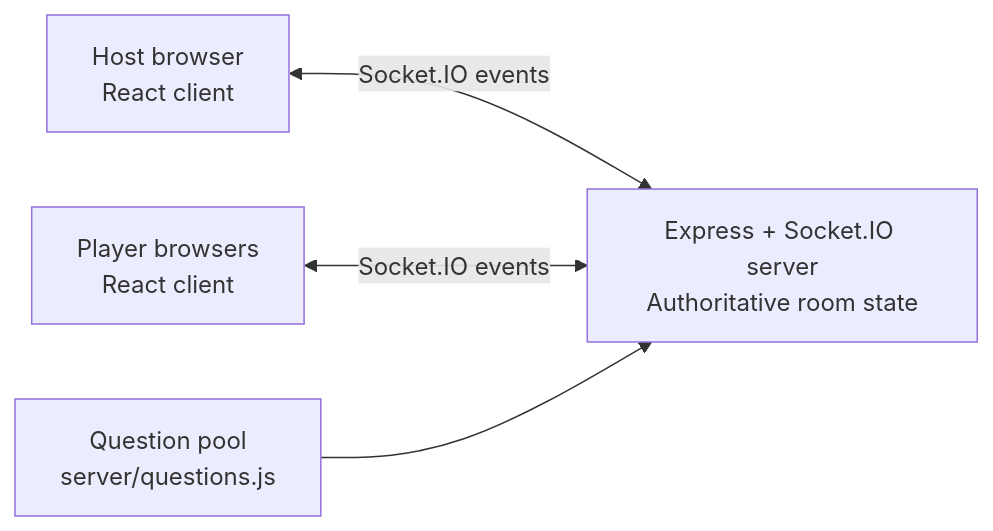
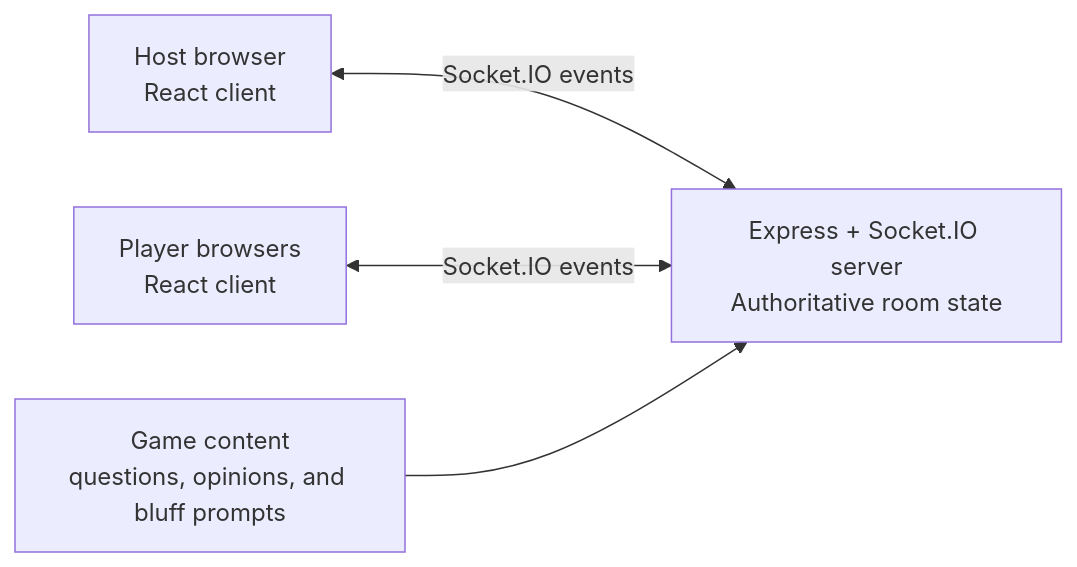
Before and after one commit to fayezabdulrahman/quiz-games: the diagram in README.md, drawn with Mermaid. The commit also changed other lines of this file and 20 other files, not shown here.

````diff
--- a/README.md
+++ b/README.md
@@ -46,6 +79,6 @@
 ```mermaid
 flowchart LR
     H["Host browser<br />React client"] <-->|"Socket.IO events"| S["Express + Socket.IO server<br />Authoritative room state"]
     P["Player browsers<br />React client"] <-->|"Socket.IO events"| S
-    Q["Question pool<br />server/questions.js"] --> S
+    Q["Game content<br />questions, opinions, and bluff prompts"] --> S
 ```
````
